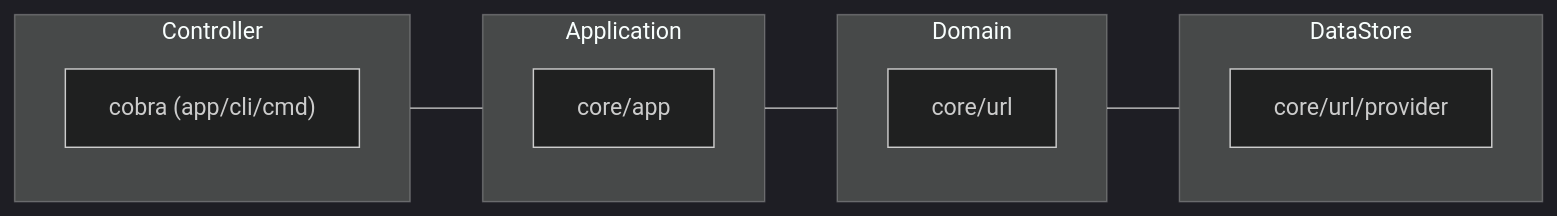
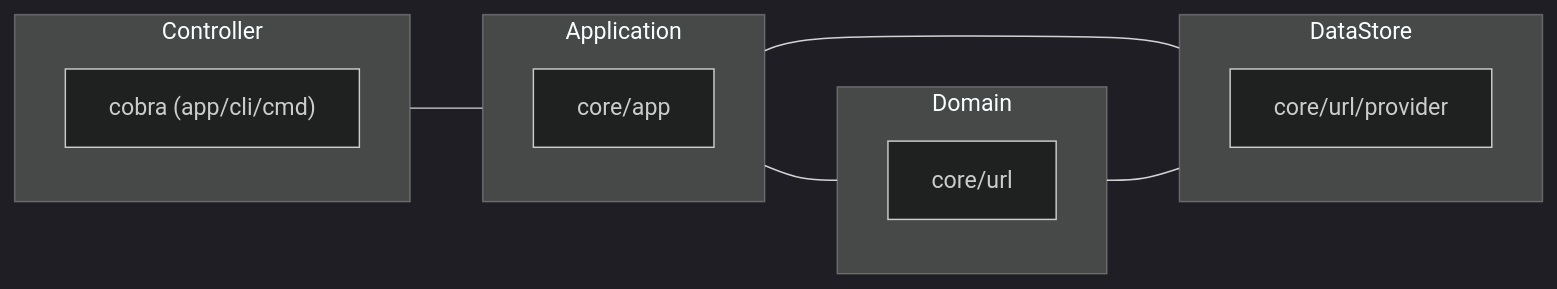
Before and after one commit to skport/golang-cli-architecture: the diagram in readme.md, drawn with Mermaid (dark theme). The commit also changed other lines of this file, not shown here.

````diff
--- a/readme.md
+++ b/readme.md
@@ -28,18 +24,19 @@
 ```mermaid
 flowchart LR
     subgraph Controller
     id1["cobra (app/cli/cmd)"]
     end
     subgraph Application
     core/app
     end
     subgraph Domain
     core/url
     end
     subgraph DataStore
     core/url/provider
     end
     Controller --- Application
     Application --- Domain
+    Application --- DataStore
     Domain --- DataStore
 ```
````
